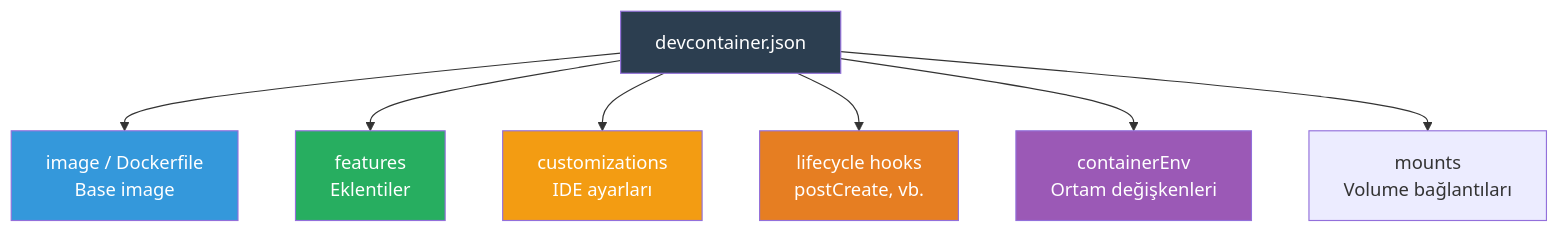
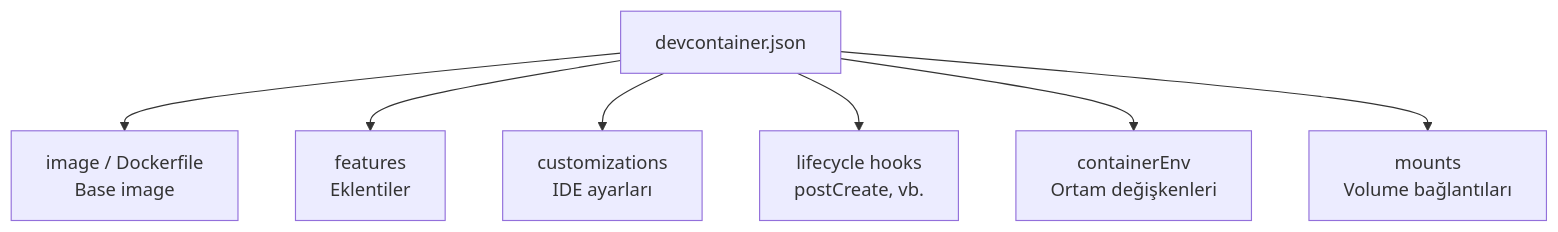
One commit to IzzetYasinAtes/ClaudeCodeHandbook changed the second of 5 diagrams in 18-kurumsal-kullanim/07-devcontainer.md. Above: the diagram before and after it, drawn with Mermaid. The commit also changed other lines of this file and 97 other files, not shown here.

Commit message:
Remove all custom Mermaid style/fill colors from 98 markdown files for consistent dark theme rendering

````diff
--- a/18-kurumsal-kullanim/07-devcontainer.md
+++ b/18-kurumsal-kullanim/07-devcontainer.md
@@ -57,16 +54,10 @@
 ```mermaid
 flowchart TD
     JSON["devcontainer.json"] --> IMAGE["image / Dockerfile<br/>Base image"]
     JSON --> FEATURES["features<br/>Eklentiler"]
     JSON --> SETTINGS["customizations<br/>IDE ayarları"]
     JSON --> LIFECYCLE["lifecycle hooks<br/>postCreate, vb."]
     JSON --> ENVS["containerEnv<br/>Ortam değişkenleri"]
     JSON --> MOUNTS["mounts<br/>Volume bağlantıları"]
 
-    style JSON fill:#2C3E50,color:#fff
-    style IMAGE fill:#3498DB,color:#fff
-    style FEATURES fill:#27AE60,color:#fff
-    style SETTINGS fill:#F39C12,color:#fff
-    style LIFECYCLE fill:#E67E22,color:#fff
-    style ENVS fill:#9B59B6,color:#fff
 ```
````
